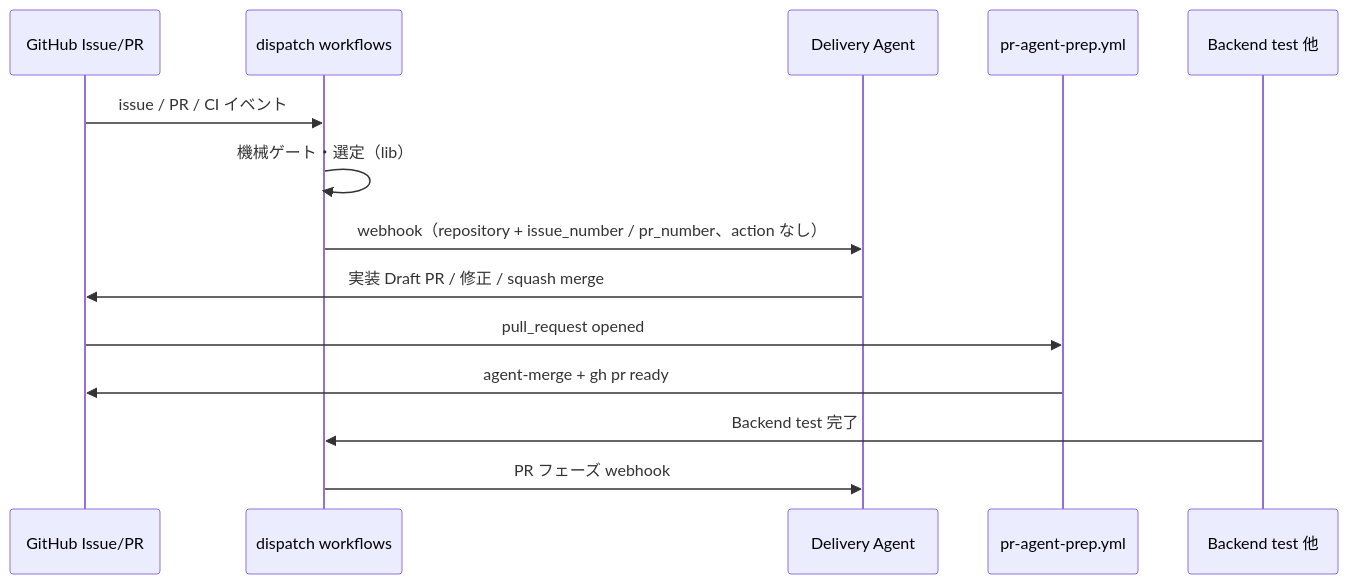
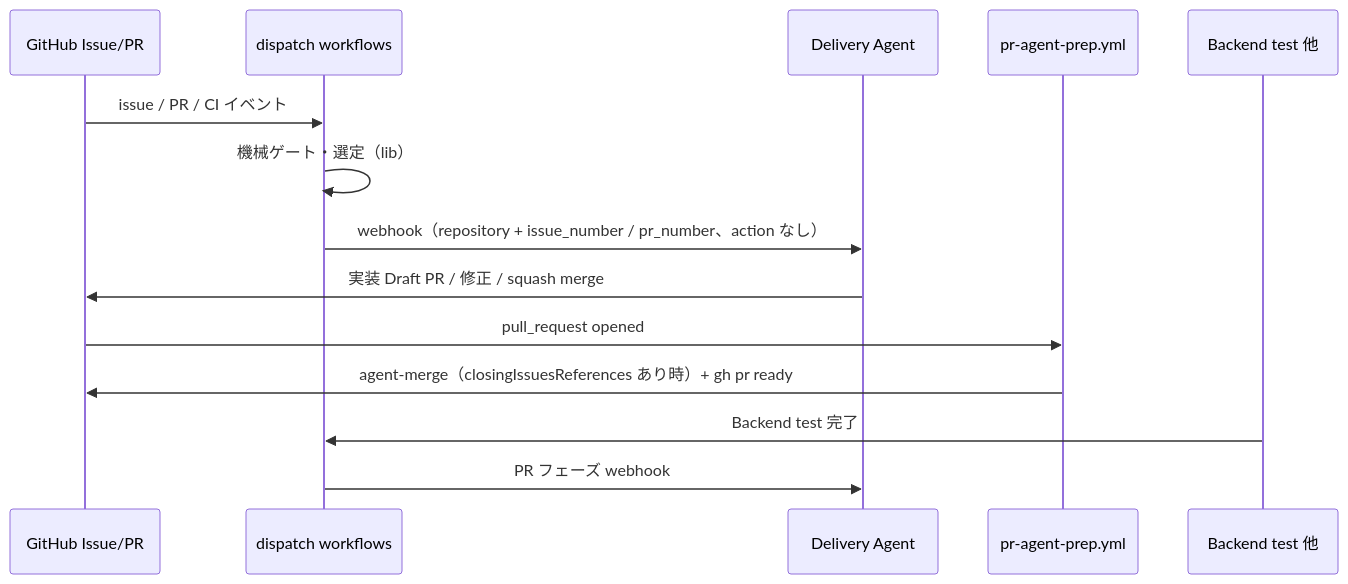
Before and after one commit to rick-chick/agrr: the second of 3 diagrams in docs/automation/CURSOR-AUTOMATION-AND-GITHUB-WORKFLOWS.md, drawn with Mermaid. The commit also changed other lines of this file and 51 other files, not shown here.

````diff
--- a/docs/automation/CURSOR-AUTOMATION-AND-GITHUB-WORKFLOWS.md
+++ b/docs/automation/CURSOR-AUTOMATION-AND-GITHUB-WORKFLOWS.md
@@ -68,17 +68,17 @@
 ```mermaid
 sequenceDiagram
   participant GH as GitHub Issue/PR
   participant DISP as dispatch workflows
   participant DA as Delivery Agent
   participant PAP as pr-agent-prep.yml
   participant CI as Backend test 他
 
   GH->>DISP: issue / PR / CI イベント
   DISP->>DISP: 機械ゲート・選定（lib）
   DISP->>DA: webhook（repository + issue_number / pr_number、action なし）
   DA->>GH: 実装 Draft PR / 修正 / squash merge
   GH->>PAP: pull_request opened
-  PAP->>GH: agent-merge + gh pr ready
+  PAP->>GH: agent-merge（closingIssuesReferences あり時）+ gh pr ready
   CI->>DISP: Backend test 完了
   DISP->>DA: PR フェーズ webhook
 ```
````
